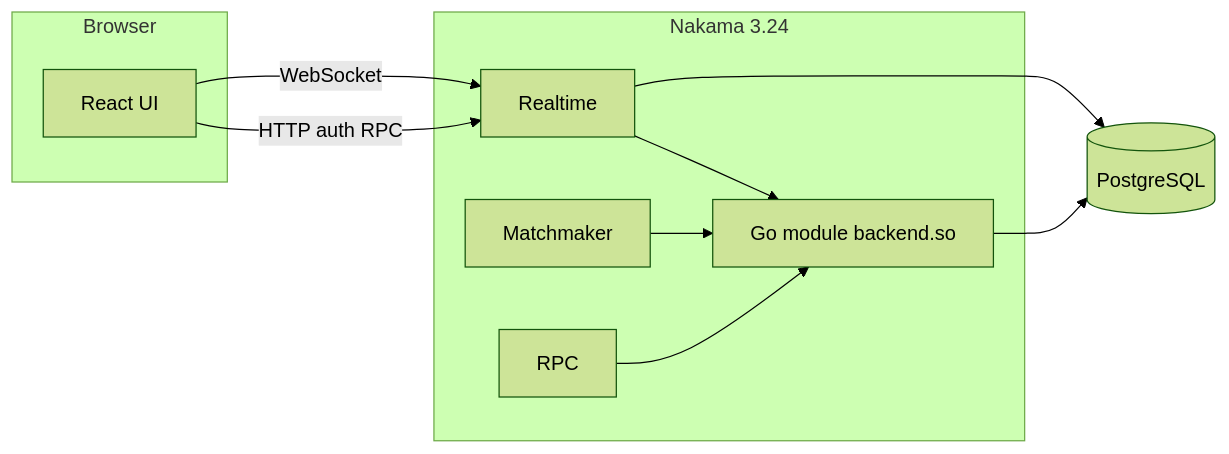
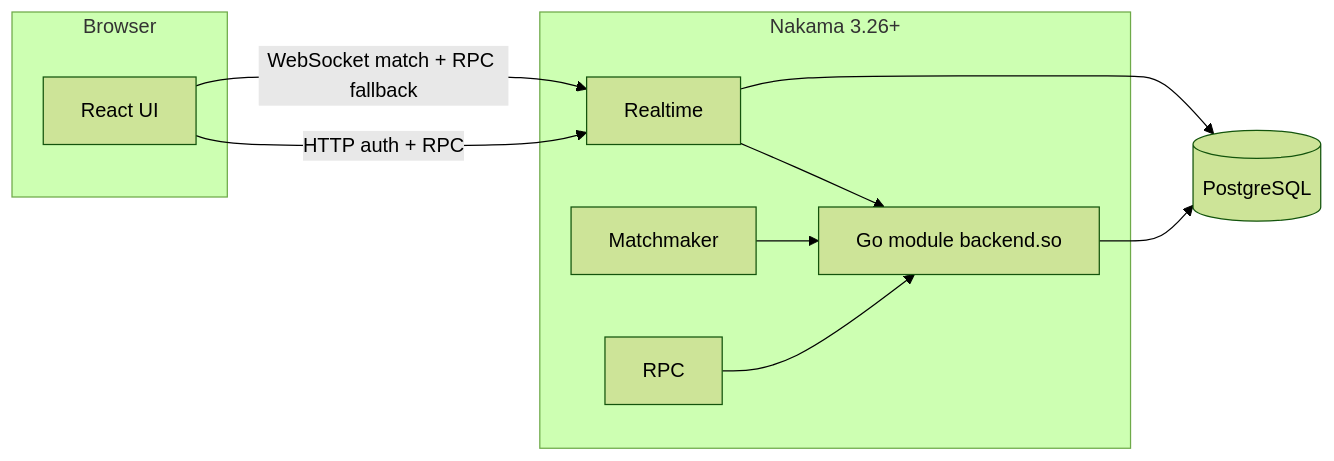
Before and after one commit to amanverma685/lilagames: the diagram in README.md, drawn with Mermaid (forest theme). The commit also changed other lines of this file and 2 other files, not shown here.

````diff
--- a/README.md
+++ b/README.md
@@ -7,20 +127,20 @@
 ```mermaid
 flowchart LR
   subgraph client [Browser]
     UI[React UI]
   end
-  subgraph nakama [Nakama 3.24]
+  subgraph nakama [Nakama 3.26+]
     RT[Realtime]
     MM[Matchmaker]
     RPC[RPC]
     MOD[Go module backend.so]
   end
   DB[(PostgreSQL)]
-  UI -->|HTTP auth RPC| RT
-  UI -->|WebSocket| RT
+  UI -->|HTTP auth + RPC| RT
+  UI -->|WebSocket match + RPC fallback| RT
   RT --> MOD
   MM --> MOD
   RPC --> MOD
   MOD --> DB
   RT --> DB
 ```
````
